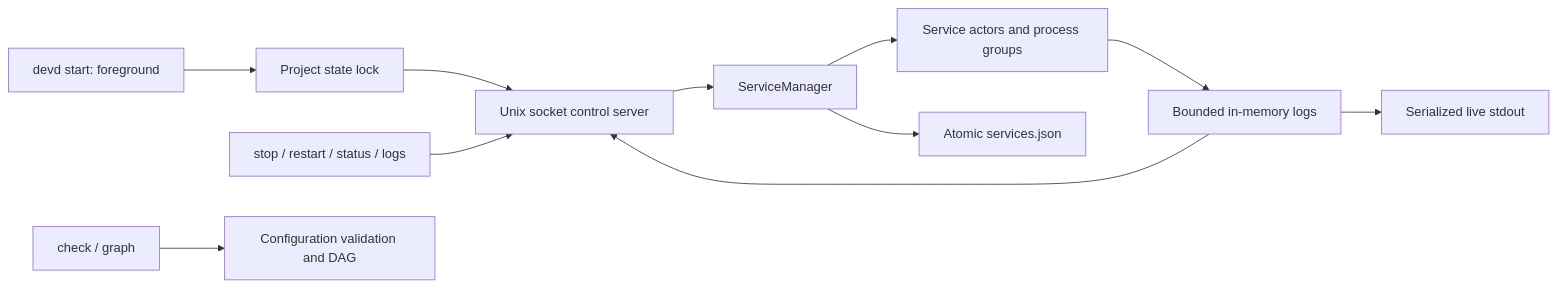
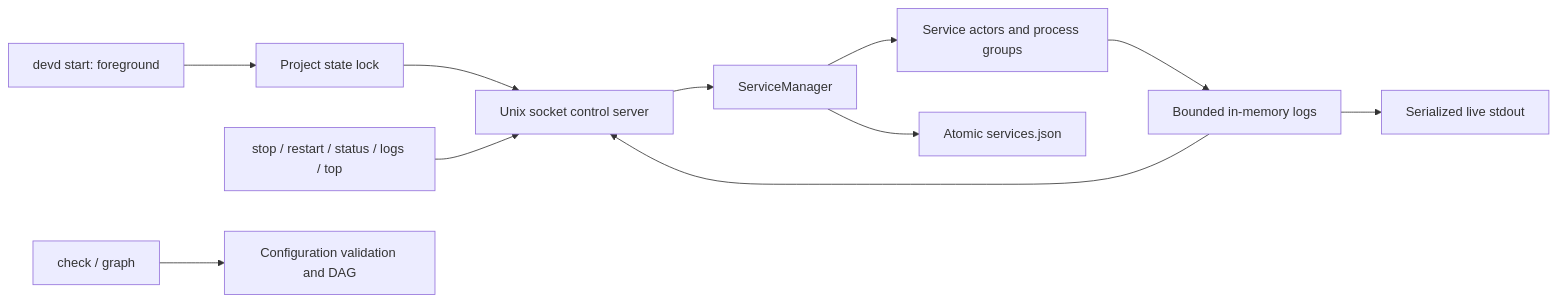
The first of 2 diagrams in ARCHITECTURE.md (Ceng-0324/Devd), drawn with Mermaid before and after one commit. The commit also changed other lines of this file and 9 other files, not shown here.

````diff
--- a/ARCHITECTURE.md
+++ b/ARCHITECTURE.md
@@ -5,13 +5,13 @@
 ```mermaid
 flowchart LR
     start[devd start: foreground] --> lock[Project state lock]
     lock --> server[Unix socket control server]
     server --> manager[ServiceManager]
-    clients[stop / restart / status / logs] --> server
+    clients[stop / restart / status / logs / top] --> server
     manager --> actors[Service actors and process groups]
     actors --> logs[Bounded in-memory logs]
     logs --> terminal[Serialized live stdout]
     logs --> server
     manager --> state[Atomic services.json]
     check[check / graph] --> config[Configuration validation and DAG]
 ```
````
